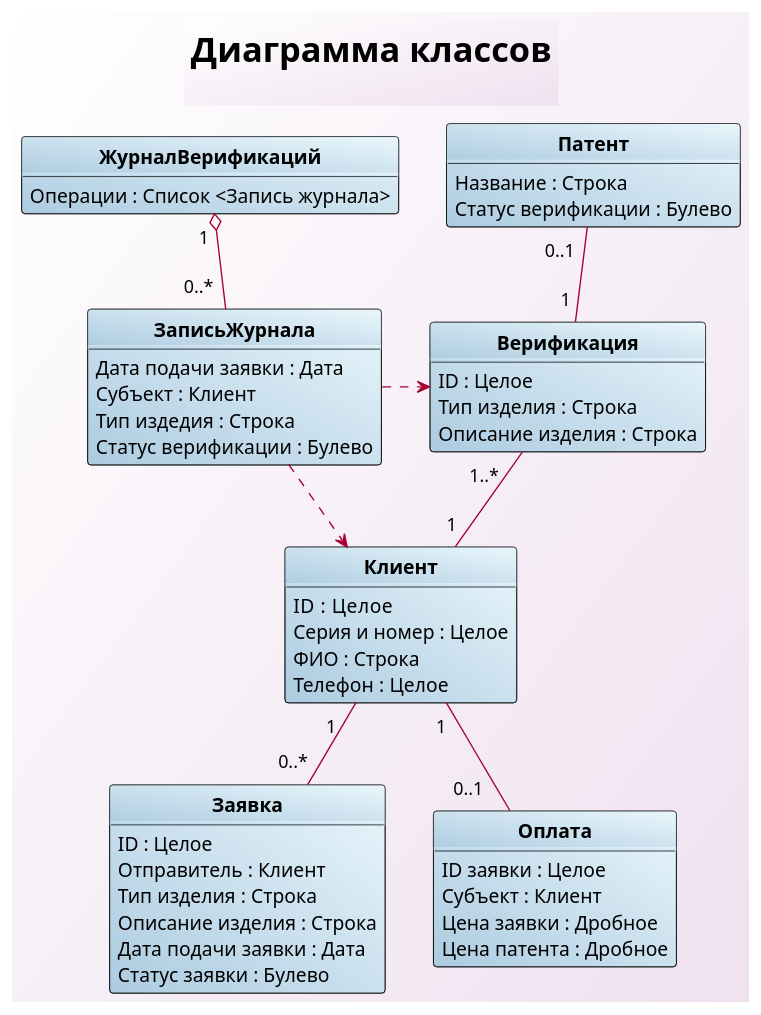
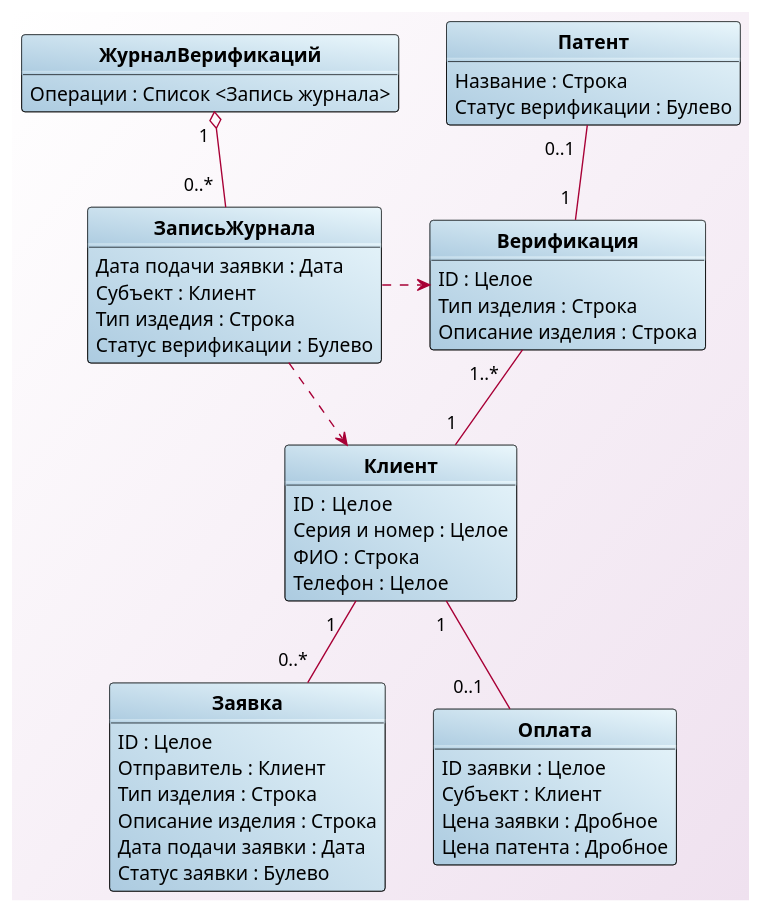
One commit to DenisFV/Architect changed the diagram in UML/ClassDiagram.puml. Above: the diagram before and after it, drawn with PlantUML. The commit also changed 1 other file, not shown here.

Commit message:
Fix name class diagram

```diff
--- a/UML/ClassDiagram.puml
+++ b/UML/ClassDiagram.puml
@@ -1,81 +1,78 @@
 @startuml
 scale 1.1
 
 skinparam {
 backgroundColor white/#efe1ef
 
 classBackgroundColor #accbe0\#eaf7fc
 classbordercolor black
 
 arrowColor #A80036
 
 classFontSize 14
 classFontStyle bold
 classFontName Arial
 classAttributeFontSize 14
 classAttributeFontName calibri
 }
-
-title <size:25>**Диаграмма классов**</size>\n
-
 
 hide class methods
 hide class circle
 
 class Клиент {
     ID :  Целое
     Серия и номер : Целое
     ФИО : Строка
     Телефон : Целое
 }
 
 class Заявка {
     ID : Целое
     Отправитель : Клиент
     Тип изделия : Строка
     Описание изделия : Строка
     Дата подачи заявки : Дата
     Статус заявки : Булево
 }
 
 class ЗаписьЖурнала {
     Дата подачи заявки : Дата
     Субъект : Клиент
     Тип издедия : Строка
     Статус верификации : Булево
 }
 
 class ЖурналВерификаций {
     Операции : Список <Запись журнала>
 }
 
 class Верификация {
   ID : Целое
   Тип изделия : Строка
   Описание изделия : Строка
 }
 
 class Патент {
     Название : Строка
     Статус верификации : Булево
 }
 
 class Оплата {
     ID заявки : Целое
     Субъект : Клиент
     Цена заявки : Дробное
     Цена патента : Дробное
 }
 
 
 Клиент " 1   " -- " 0..* " Заявка
 Клиент " 1 " -- " 0..1    " Оплата
 
 Верификация " 1..*   " -- " 1 " Клиент
 ЗаписьЖурнала ..> Клиент
 ЗаписьЖурнала .> Верификация
 
 ЖурналВерификаций " 1 " o-- " 0..*  " ЗаписьЖурнала
 Патент " 0..1  " -- " 1 " Верификация
 
 @enduml
```
